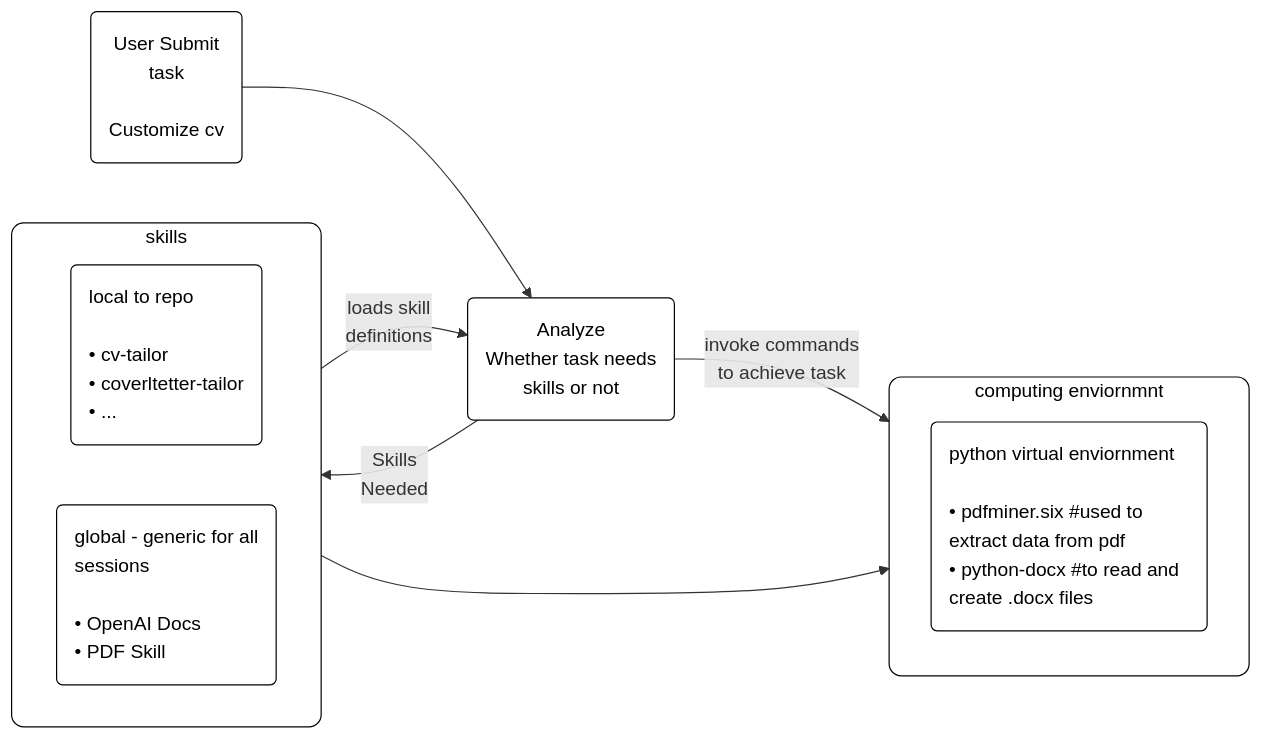
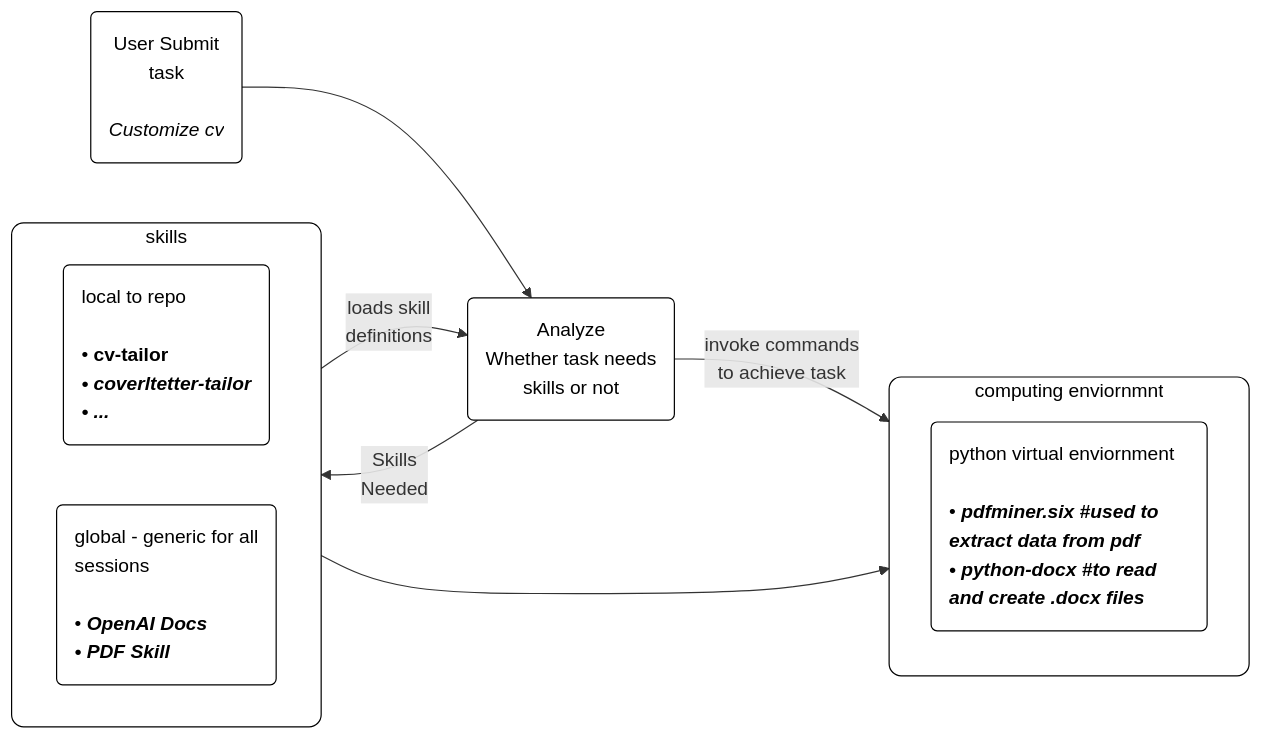
One commit to nilanka-weeraman/nilanka-weeraman.github.io changed the second of 2 diagrams in _posts/2026-02-06-configuring_using_agent_skills.md. Above: the diagram before and after it, drawn with Mermaid.

Commit message:
diagram with gemini

````diff
--- a/_posts/2026-02-06-configuring_using_agent_skills.md
+++ b/_posts/2026-02-06-configuring_using_agent_skills.md
@@ -177,38 +177,38 @@
 ```mermaid
 flowchart LR
     %% Main Nodes
-    User("User Submit<br>task<br><br>Customize cv")
+    User("User Submit<br>task<br><br><i>Customize cv</i>")
     Analyze("Analyze<br>Whether task needs<br>skills or not")
 
     %% Subgraphs for Containers
     subgraph Skills ["skills"]
         direction LR
-        Local("local to repo<br><br>• cv-tailor<br>• coverltetter-tailor<br>• ...")
-        Global("global - generic for all<br>sessions<br><br>• OpenAI Docs<br>• PDF Skill")
+        Local("local to repo<br><br>•<b> cv-tailor<br><i>• coverltetter-tailor<br>• ...")
+        Global("global - generic for all<br>sessions<br><br>•<b><i> OpenAI Docs<br>• PDF Skill")
     end
 
     subgraph Computing ["computing enviornmnt"]
-        Venv("python virtual enviornment<br><br>• pdfminer.six #used to extract data from pdf<br>• python-docx #to read and create .docx files")
+        Venv("python virtual enviornment<br><br>•<b><i> pdfminer.six #used to extract data from pdf<br>• python-docx #to read and create .docx files")
     end
 
     %% Edge Connections
     User --> Analyze
     Analyze -->|"Skills<br>Needed"| Skills
     Skills -->|"loads skill<br>definitions"| Analyze
     Analyze -->|"invoke commands<br>to achieve task"| Computing
     Skills --> Computing
 
     %% Styling to match the clean white boxes and text formatting
     style User fill:#fff,stroke:#000,stroke-width:1px,color:#000
     style Analyze fill:#fff,stroke:#000,stroke-width:1px,color:#000
     
     %% Standard nodes with () automatically get rounded corners, but we align text to left
     style Local fill:#fff,stroke:#000,stroke-width:1px,color:#000,text-align:left
     style Global fill:#fff,stroke:#000,stroke-width:1px,color:#000,text-align:left
     style Venv fill:#fff,stroke:#000,stroke-width:1px,color:#000,text-align:left
     
     %% Style the outer subgraphs
     style Skills fill:#fff,stroke:#000,stroke-width:1px,color:#000,rx:10,ry:10
     style Computing fill:#fff,stroke:#000,stroke-width:1px,color:#000,rx:10,ry:10
 
 ```
````
